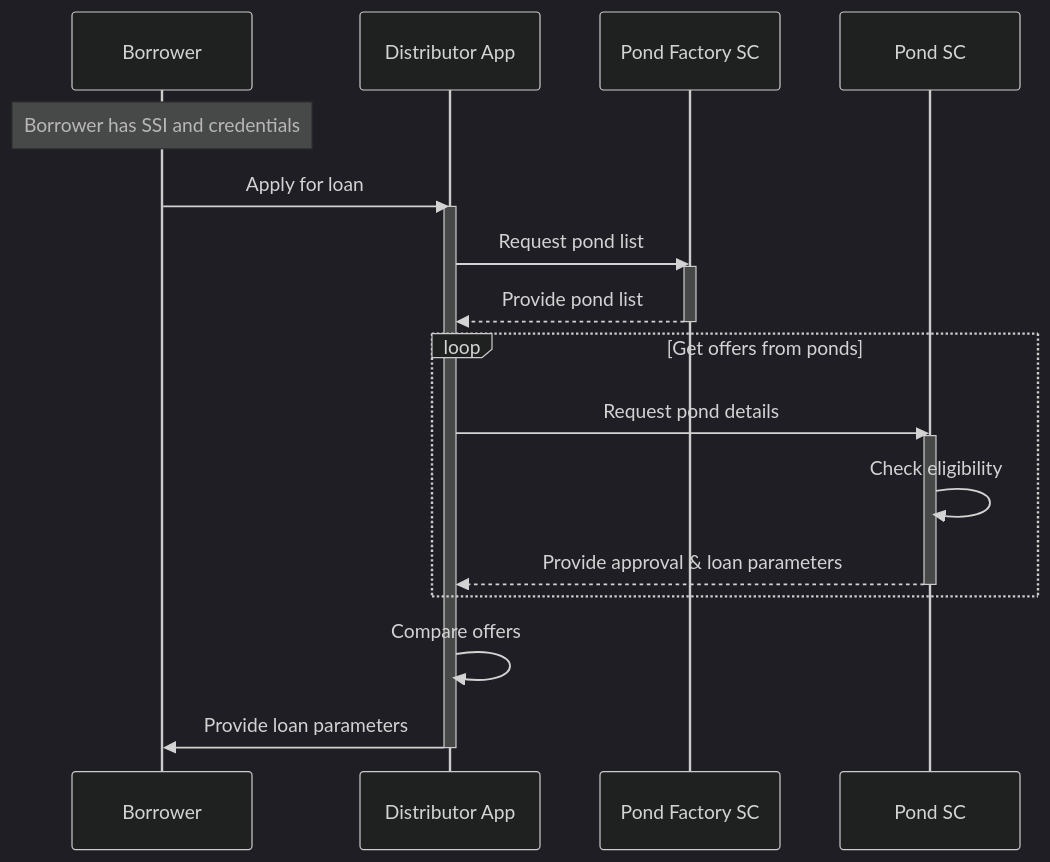
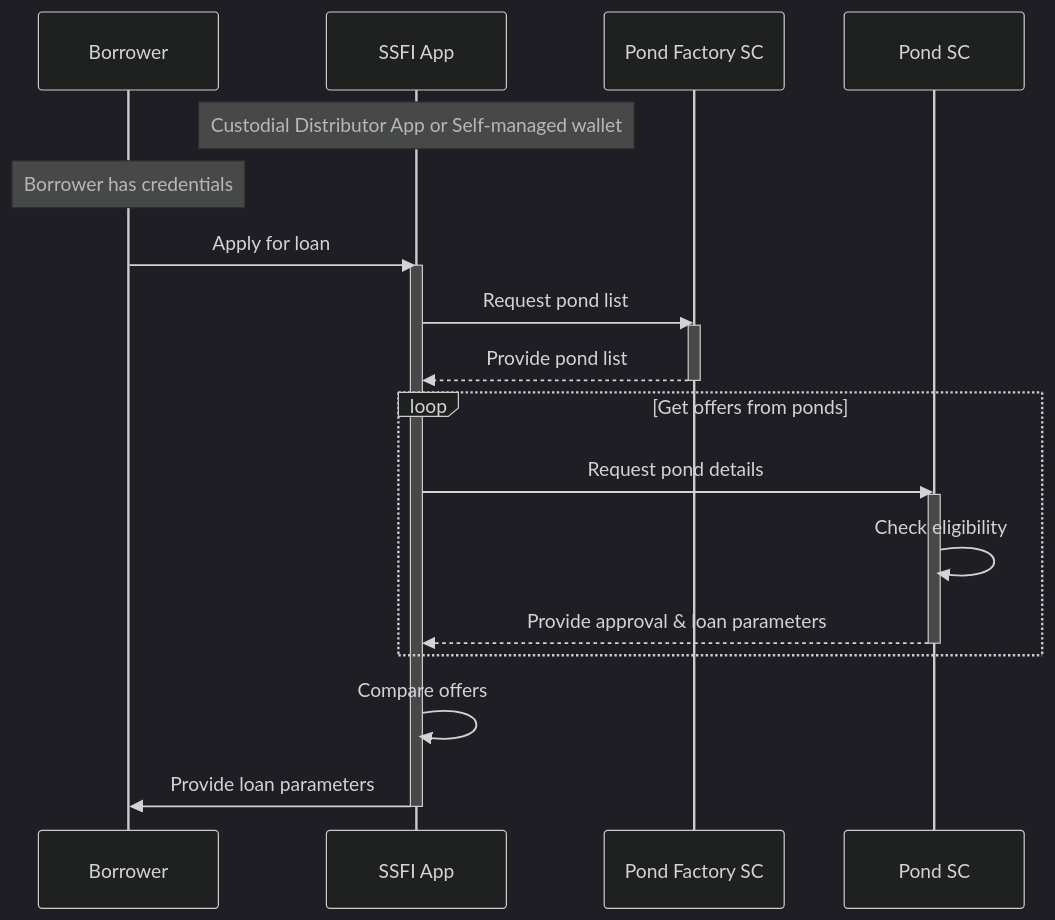
One commit to growr-xyz/growr-documentation changed the second of 2 diagrams in flows/C-Risk-Mgmt-2-Loan-Offer.md. Above: the diagram before and after it, drawn with Mermaid (dark theme). The commit also changed other lines of this file and 19 other files, not shown here.

````diff
--- a/flows/C-Risk-Mgmt-2-Loan-Offer.md
+++ b/flows/C-Risk-Mgmt-2-Loan-Offer.md
@@ -24,24 +25,25 @@
 ```mermaid
 sequenceDiagram
     participant Borrower
-    participant Distributor App
+    participant SSFI App
     participant Pond Factory SC
     participant Pond SC
-    Note over Borrower: Borrower has SSI and credentials
-    Borrower->>Distributor App: Apply for loan
-    activate Distributor App
-    Distributor App->>Pond Factory SC: Request pond list
+    Note over SSFI App: Custodial Distributor App or Self-managed wallet
+    Note over Borrower: Borrower has credentials
+    Borrower->>SSFI App: Apply for loan
+    activate SSFI App
+    SSFI App->>Pond Factory SC: Request pond list
     activate Pond Factory SC
-    Pond Factory SC-->>Distributor App: Provide pond list
+    Pond Factory SC-->>SSFI App: Provide pond list
     deactivate Pond Factory SC
     loop Get offers from ponds
-        Distributor App->>Pond SC: Request pond details
+        SSFI App->>Pond SC: Request pond details
         activate Pond SC
         Pond SC->>Pond SC: Check eligibility
-        Pond SC-->>Distributor App: Provide approval & loan parameters
+        Pond SC-->>SSFI App: Provide approval & loan parameters
         deactivate Pond SC
     end
-    Distributor App->>Distributor App: Compare offers
-    Distributor App->>Borrower: Provide loan parameters
-    deactivate Distributor App
+    SSFI App->>SSFI App: Compare offers
+    SSFI App->>Borrower: Provide loan parameters
+    deactivate SSFI App
 ```
````
